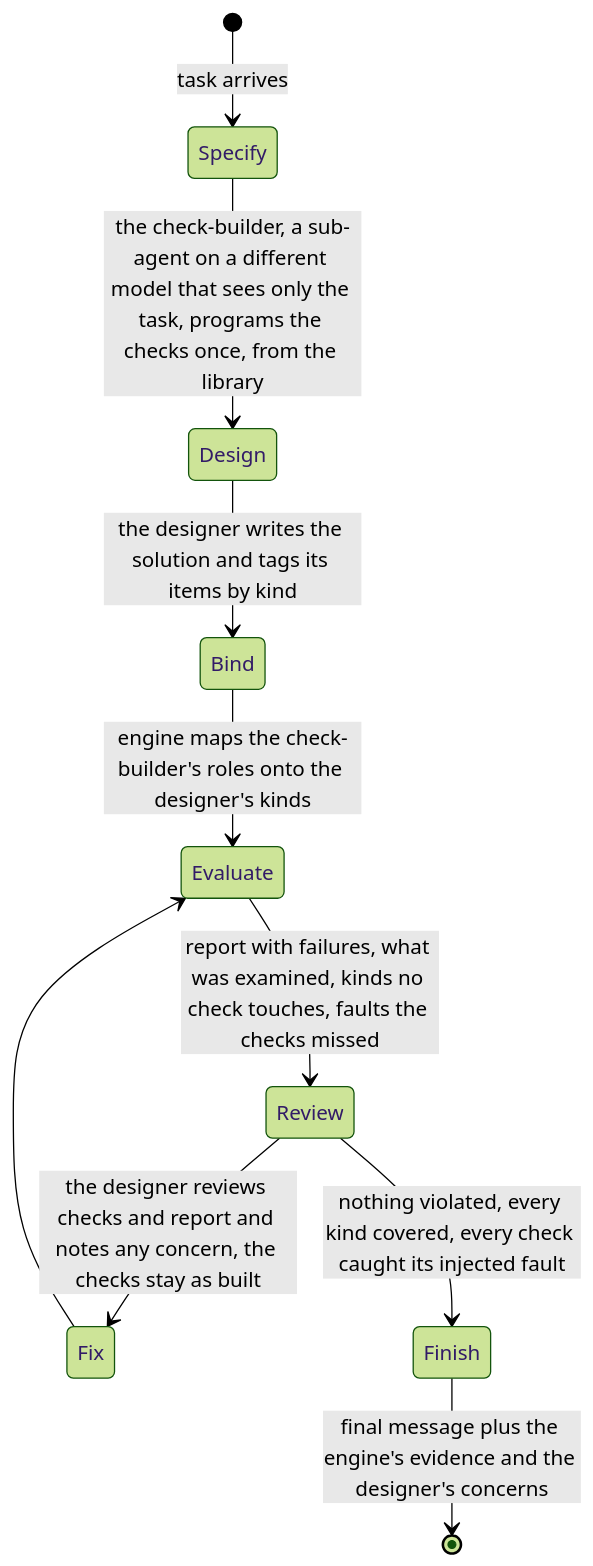
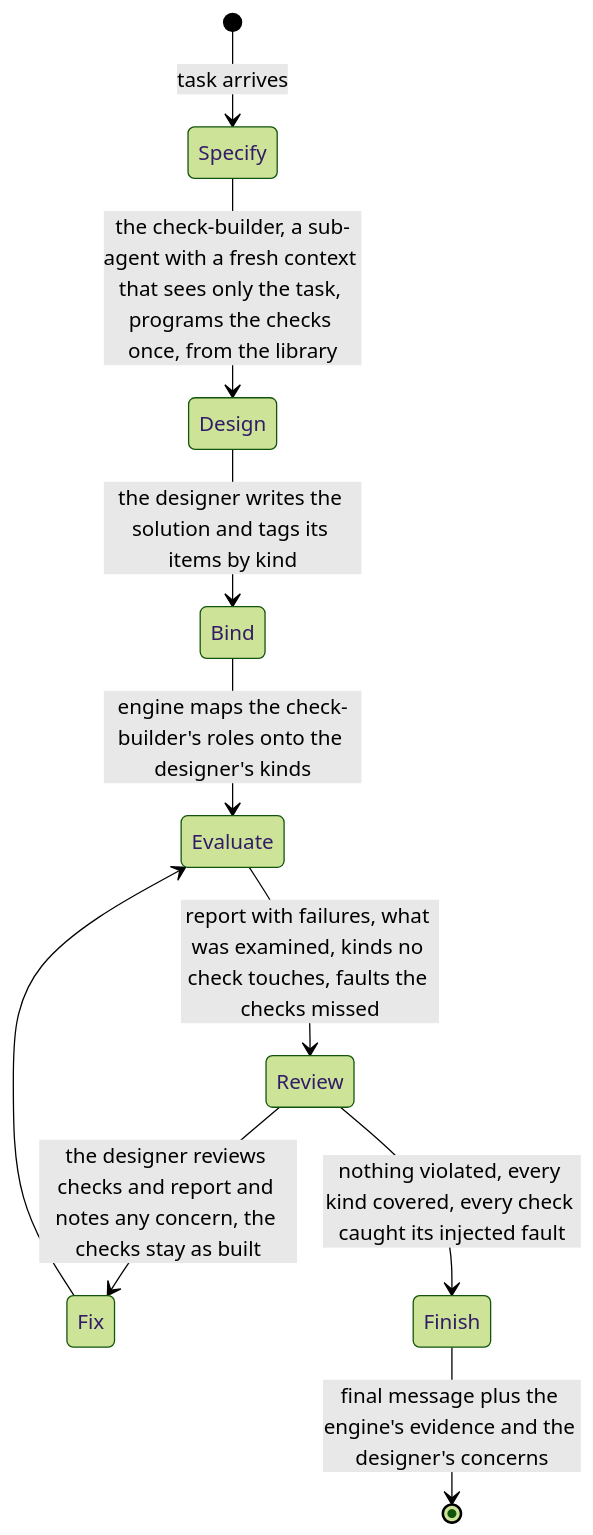
The diagram in docs/figures/fig4-structured-workflow.mmd (SophusRosendahl/ple-submission), drawn with Mermaid (forest theme) before and after one commit. The commit also changed 6 other files, not shown here.

First line of the commit message:
Rung 3: the check-builder runs on the declared model with a fresh context (a different model cannot be forced)

```diff
--- a/docs/figures/fig4-structured-workflow.mmd
+++ b/docs/figures/fig4-structured-workflow.mmd
@@ -1,10 +1,10 @@
 stateDiagram-v2
   [*] --> Specify: task arrives
-  Specify --> Design: the check-builder, a sub-agent on a different model that sees only the task, programs the checks once, from the library
+  Specify --> Design: the check-builder, a sub-agent with a fresh context that sees only the task, programs the checks once, from the library
   Design --> Bind: the designer writes the solution and tags its items by kind
   Bind --> Evaluate: engine maps the check-builder's roles onto the designer's kinds
   Evaluate --> Review: report with failures, what was examined, kinds no check touches, faults the checks missed
   Review --> Fix: the designer reviews checks and report and notes any concern, the checks stay as built
   Fix --> Evaluate
   Review --> Finish: nothing violated, every kind covered, every check caught its injected fault
   Finish --> [*]: final message plus the engine's evidence and the designer's concerns
```
